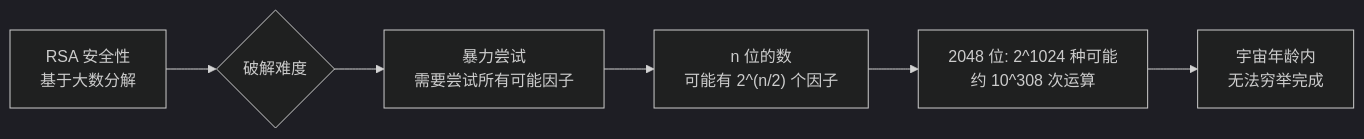
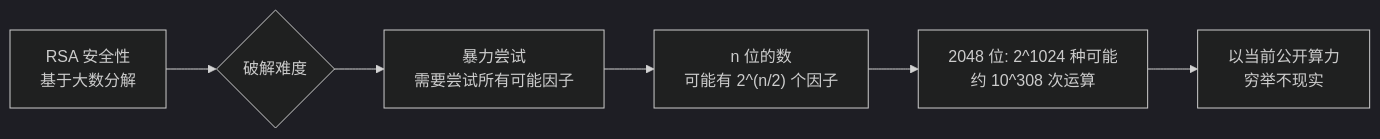
One commit to zhaofutao04/zblog changed the fifth of 15 diagrams in docs/_posts/rsa-algorithm-guide.md. Above: the diagram before and after it, drawn with Mermaid (dark theme). The commit also changed other lines of this file and 23 other files, not shown here.

````diff
--- a/docs/_posts/rsa-algorithm-guide.md
+++ b/docs/_posts/rsa-algorithm-guide.md
@@ -209,8 +219,8 @@
 ```mermaid
 flowchart LR
     A["RSA 安全性<br/>基于大数分解"] --> B{"破解难度"}
     B --> C["暴力尝试<br/>需要尝试所有可能因子"]
     C --> D["n 位的数<br/>可能有 2^(n/2) 个因子"]
     D --> E["2048 位: 2^1024 种可能<br/>约 10^308 次运算"]
-    E --> F["宇宙年龄内<br/>无法穷举完成"]
+    E --> F["以当前公开算力<br/>穷举不现实"]
 ```
````
